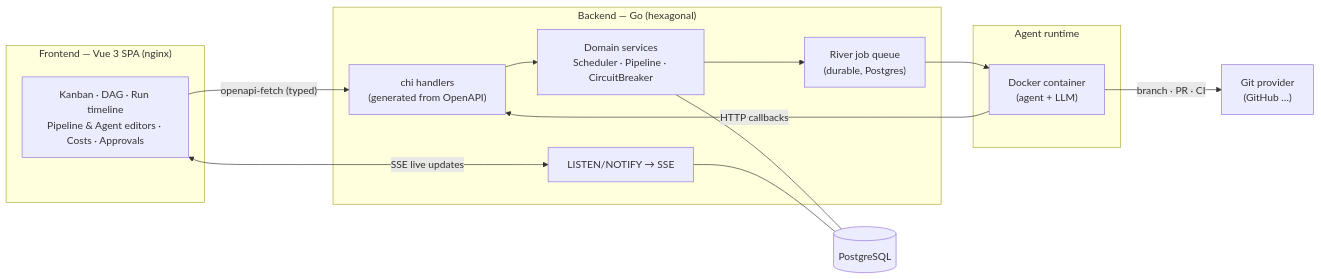
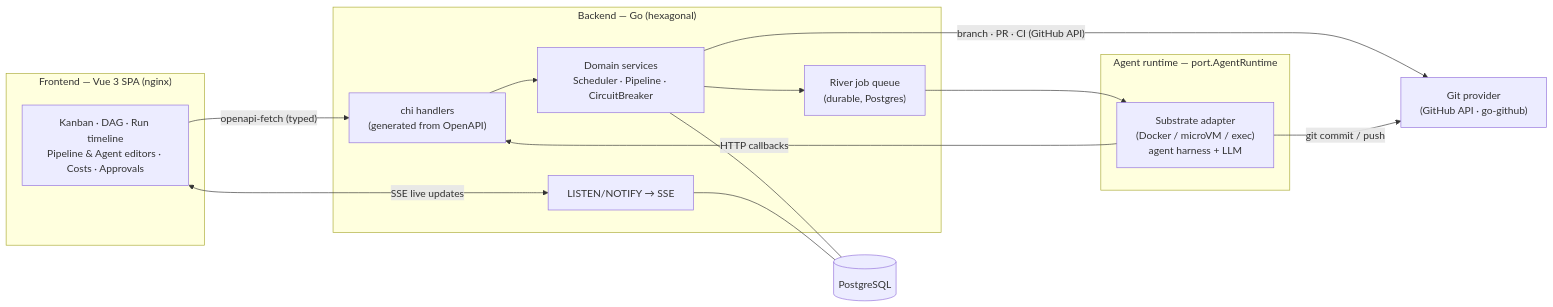
The diagram in README.md (zkarahacane/hopeitworks), drawn with Mermaid before and after one commit. The commit also changed other lines of this file and 1 other file, not shown here.

Commit message:
docs: substrate execution model (pluggable runtime) + image-vs-sidecars + go-github in README & product

````diff
--- a/README.md
+++ b/README.md
@@ -70,28 +70,29 @@
 ```mermaid
 flowchart LR
     subgraph FE["Frontend — Vue 3 SPA (nginx)"]
         UI["Kanban · DAG · Run timeline<br/>Pipeline & Agent editors · Costs · Approvals"]
     end
 
     subgraph API["Backend — Go (hexagonal)"]
         H["chi handlers<br/>(generated from OpenAPI)"]
         S["Domain services<br/>Scheduler · Pipeline · CircuitBreaker"]
         Q["River job queue<br/>(durable, Postgres)"]
         EV["LISTEN/NOTIFY → SSE"]
     end
 
-    subgraph RT["Agent runtime"]
-        C1["Docker container<br/>(agent + LLM)"]
+    subgraph RT["Agent runtime — port.AgentRuntime"]
+        C1["Substrate adapter<br/>(Docker / microVM / exec)<br/>agent harness + LLM"]
     end
 
     PG[("PostgreSQL")]
-    GIT["Git provider<br/>(GitHub …)"]
+    GIT["Git provider<br/>(GitHub API · go-github)"]
 
     UI -->|"openapi-fetch (typed)"| H
     UI <-->|"SSE live updates"| EV
     H --> S --> Q --> C1
     C1 -->|"HTTP callbacks"| H
-    C1 -->|"branch · PR · CI"| GIT
+    S -->|"branch · PR · CI (GitHub API)"| GIT
+    C1 -->|"git commit / push"| GIT
     S --- PG
     EV --- PG
 ```
````
